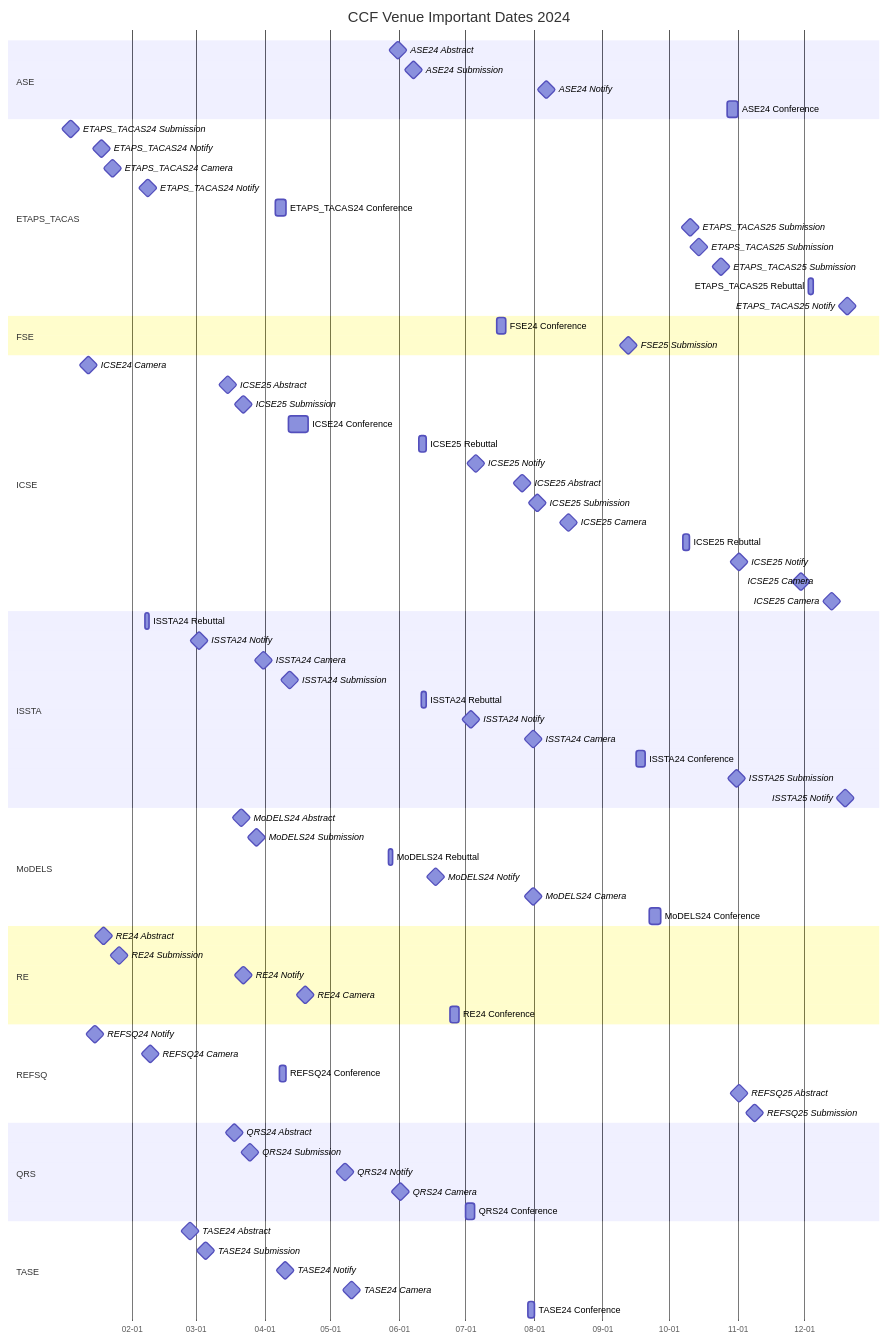
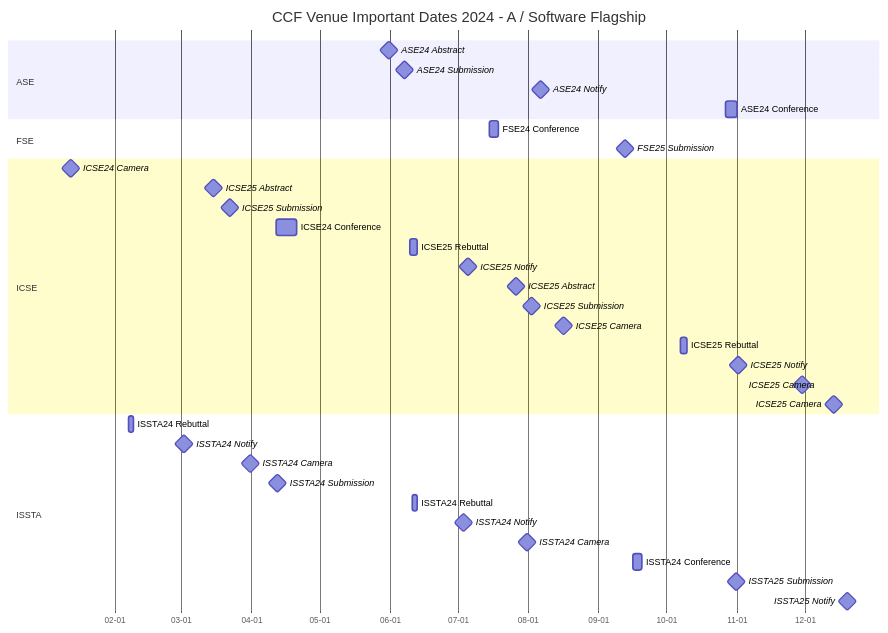
One commit to HansBug/research_ideas changed the tenth of 20 diagrams in ccf_venues/TIMELINE.md. Above: the diagram before and after it, drawn with Mermaid. The commit also changed other lines of this file and 5 other files, not shown here.

````diff
--- a/ccf_venues/TIMELINE.md
+++ b/ccf_venues/TIMELINE.md
@@ -656,6 +711,6 @@
 ```mermaid
 gantt
-  title CCF Venue Important Dates 2024
+  title CCF Venue Important Dates 2024 - A / Software Flagship
   dateFormat YYYY-MM-DD
   axisFormat %m-%d
 
@@ -664,18 +719,6 @@
   ASE24 Submission :milestone, ase_2024_2_20240607, 2024-06-07, 1d
   ASE24 Notify :milestone, ase_2024_3_20240806, 2024-08-06, 1d
   ASE24 Conference :ase_2024_4_20241027, 2024-10-27, 2024-11-01
-
-  section ETAPS_TACAS
-  ETAPS_TACAS24 Submission :milestone, etaps_tacas_2024_1_20240104, 2024-01-04, 1d
-  ETAPS_TACAS24 Notify :milestone, etaps_tacas_2024_2_20240118, 2024-01-18, 1d
-  ETAPS_TACAS24 Camera :milestone, etaps_tacas_2024_3_20240123, 2024-01-23, 1d
-  ETAPS_TACAS24 Notify :milestone, etaps_tacas_2024_4_20240208, 2024-02-08, 1d
-  ETAPS_TACAS24 Conference :etaps_tacas_2024_5_20240406, 2024-04-06, 2024-04-11
-  ETAPS_TACAS25 Submission :milestone, etaps_tacas_2024_6_20241010, 2024-10-10, 1d
-  ETAPS_TACAS25 Submission :milestone, etaps_tacas_2024_7_20241014, 2024-10-14, 1d
-  ETAPS_TACAS25 Submission :milestone, etaps_tacas_2024_8_20241024, 2024-10-24, 1d
-  ETAPS_TACAS25 Rebuttal :etaps_tacas_2024_9_20241203, 2024-12-03, 2024-12-05
-  ETAPS_TACAS25 Notify :milestone, etaps_tacas_2024_10_20241220, 2024-12-20, 1d
 
   section FSE
   FSE24 Conference :fse_2024_1_20240715, 2024-07-15, 2024-07-19
@@ -707,41 +750,4 @@
   ISSTA24 Conference :issta_2024_8_20240916, 2024-09-16, 2024-09-20
   ISSTA25 Submission :milestone, issta_2024_9_20241031, 2024-10-31, 1d
   ISSTA25 Notify :milestone, issta_2024_10_20241219, 2024-12-19, 1d
-
-  section MoDELS
-  MoDELS24 Abstract :milestone, models_2024_1_20240321, 2024-03-21, 1d
-  MoDELS24 Submission :milestone, models_2024_2_20240328, 2024-03-28, 1d
-  MoDELS24 Rebuttal :models_2024_3_20240527, 2024-05-27, 2024-05-29
-  MoDELS24 Notify :milestone, models_2024_4_20240617, 2024-06-17, 1d
-  MoDELS24 Camera :milestone, models_2024_5_20240731, 2024-07-31, 1d
-  MoDELS24 Conference :models_2024_6_20240922, 2024-09-22, 2024-09-27
-
-  section RE
-  RE24 Abstract :milestone, re_2024_1_20240119, 2024-01-19, 1d
-  RE24 Submission :milestone, re_2024_2_20240126, 2024-01-26, 1d
-  RE24 Notify :milestone, re_2024_3_20240322, 2024-03-22, 1d
-  RE24 Camera :milestone, re_2024_4_20240419, 2024-04-19, 1d
-  RE24 Conference :re_2024_5_20240624, 2024-06-24, 2024-06-28
-
-  section REFSQ
-  REFSQ24 Notify :milestone, refsq_2024_1_20240115, 2024-01-15, 1d
-  REFSQ24 Camera :milestone, refsq_2024_2_20240209, 2024-02-09, 1d
-  REFSQ24 Conference :refsq_2024_3_20240408, 2024-04-08, 2024-04-11
-  REFSQ25 Abstract :milestone, refsq_2024_4_20241101, 2024-11-01, 1d
-  REFSQ25 Submission :milestone, refsq_2024_5_20241108, 2024-11-08, 1d
-
-
-  section QRS
-  QRS24 Abstract :milestone, qrs_2024_1_20240318, 2024-03-18, 1d
-  QRS24 Submission :milestone, qrs_2024_2_20240325, 2024-03-25, 1d
-  QRS24 Notify :milestone, qrs_2024_3_20240507, 2024-05-07, 1d
-  QRS24 Camera :milestone, qrs_2024_4_20240601, 2024-06-01, 1d
-  QRS24 Conference :qrs_2024_5_20240701, 2024-07-01, 2024-07-05
-
-  section TASE
-  TASE24 Abstract :milestone, tase_2024_1_20240227, 2024-02-27, 1d
-  TASE24 Submission :milestone, tase_2024_2_20240305, 2024-03-05, 1d
-  TASE24 Notify :milestone, tase_2024_3_20240410, 2024-04-10, 1d
-  TASE24 Camera :milestone, tase_2024_4_20240510, 2024-05-10, 1d
-  TASE24 Conference :tase_2024_5_20240729, 2024-07-29, 2024-08-01
 ```
````
